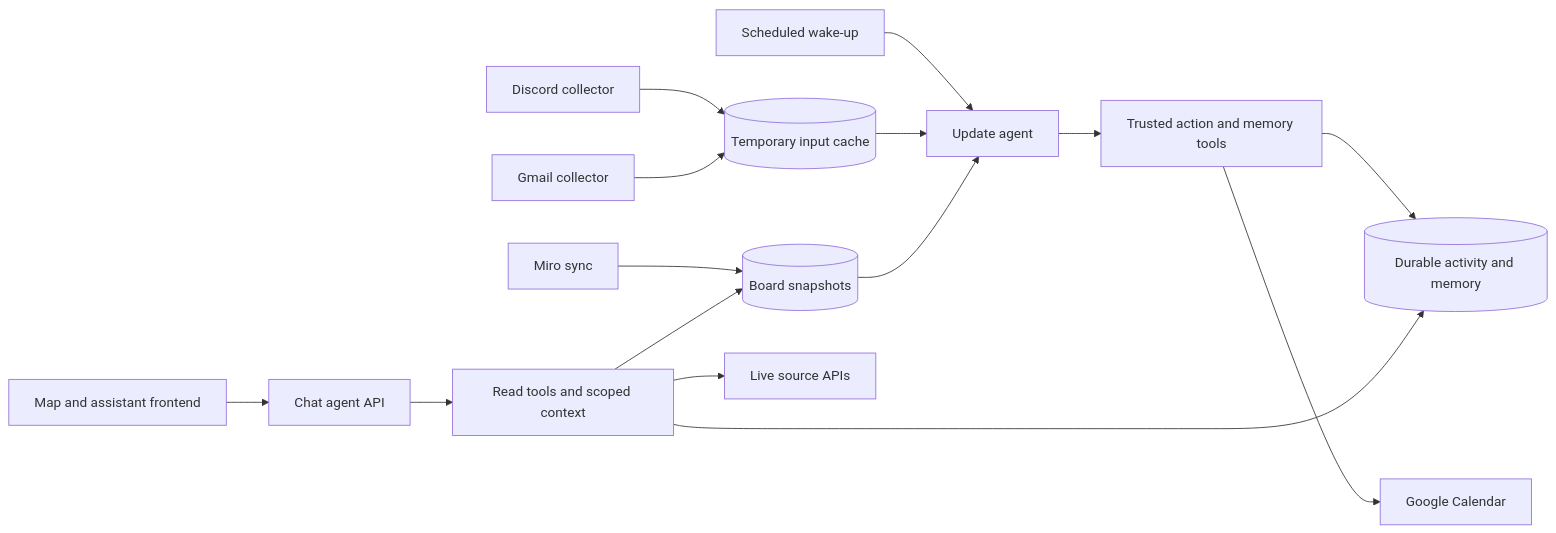
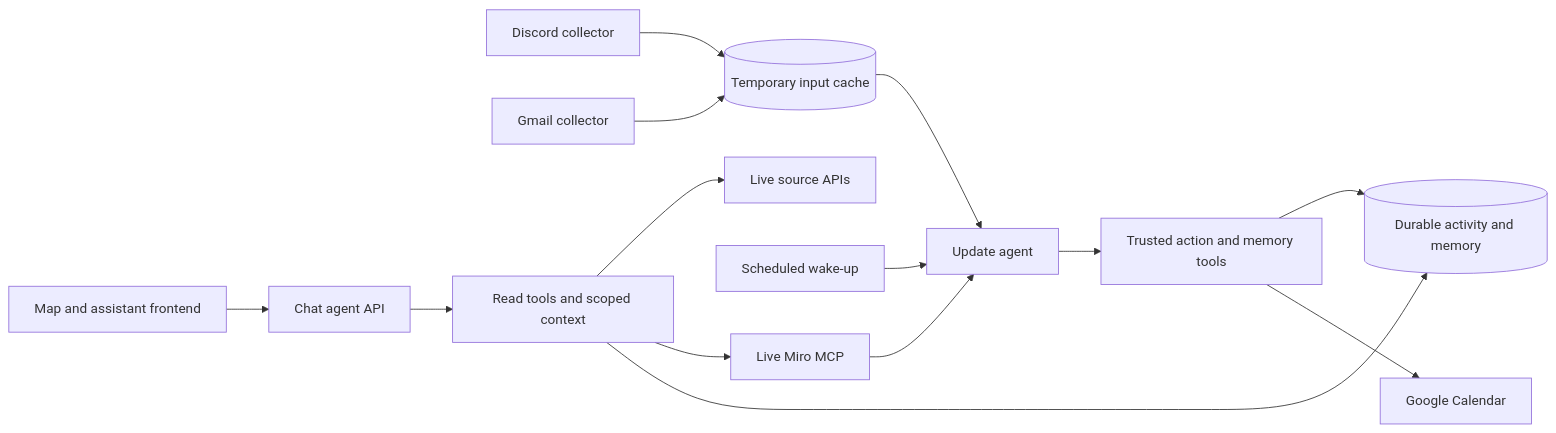
Before and after one commit to yuyanghu06/flockatnyu: the diagram in docs/architecture.md, drawn with Mermaid. The commit also changed other lines of this file and 236 other files, not shown here.

````diff
--- a/docs/architecture.md
+++ b/docs/architecture.md
@@ -28,17 +28,16 @@
 ```mermaid
 flowchart LR
   D[Discord collector] --> Q[(Temporary input cache)]
   G[Gmail collector] --> Q
-  M[Miro sync] --> B[(Board snapshots)]
+  M[Live Miro MCP] --> A
   T[Scheduled wake-up] --> A[Update agent]
   Q --> A
-  B --> A
   A --> X[Trusted action and memory tools]
   X --> C[Google Calendar]
   X --> S[(Durable activity and memory)]
   U[Map and assistant frontend] --> H[Chat agent API]
   H --> R[Read tools and scoped context]
   R --> S
-  R --> B
+  R --> M
   R --> L[Live source APIs]
 ```
````
